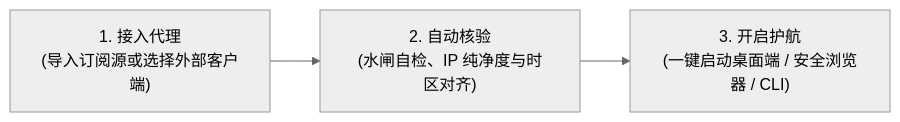
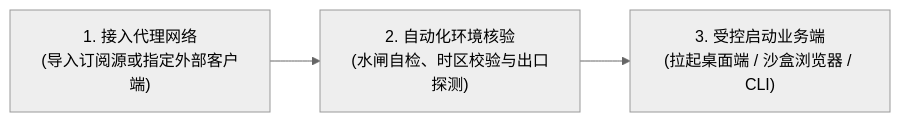
One commit to zhongyuanl/xiaofanchuan changed the diagram in README.md. Above: the diagram before and after it, drawn with Mermaid (neutral theme). The commit also changed other lines of this file and 1 other file, not shown here.

````diff
--- a/README.md
+++ b/README.md
@@ -115,8 +110,8 @@
 ```mermaid
 flowchart LR
-    Step1["1. 接入代理<br/>(导入订阅源或选择外部客户端)"]
-    Step2["2. 自动核验<br/>(水闸自检、IP 纯净度与时区对齐)"]
-    Step3["3. 开启护航<br/>(一键启动桌面端 / 安全浏览器 / CLI)"]
+    Step1["1. 接入代理网络<br/>(导入订阅源或指定外部客户端)"]
+    Step2["2. 自动化环境核验<br/>(水闸自检、时区校验与出口探测)"]
+    Step3["3. 受控启动业务端<br/>(拉起桌面端 / 沙盒浏览器 / CLI)"]
 
     Step1 --> Step2 --> Step3
 ```
````
